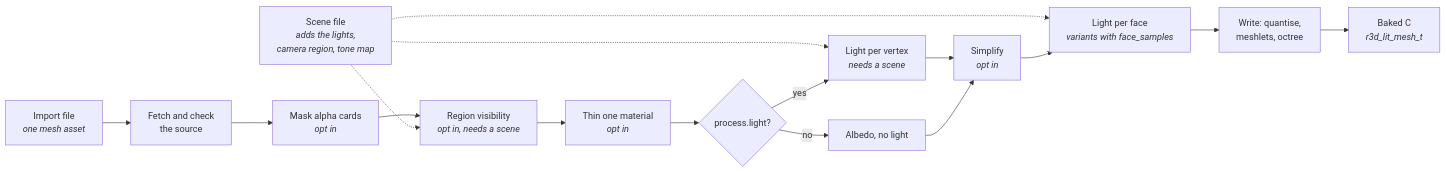
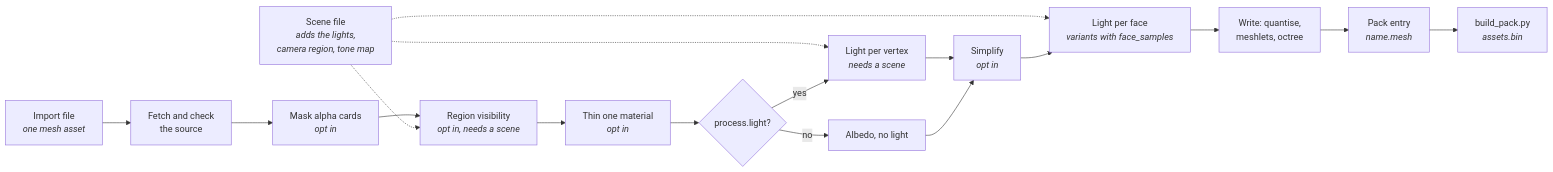
The first of 2 diagrams in docs/render/Mesh-Import.md (jose-villegas/autana), drawn with Mermaid before and after one commit. The commit also changed other lines of this file and 66 other files, not shown here.

````diff
--- a/docs/render/Mesh-Import.md
+++ b/docs/render/Mesh-Import.md
@@ -7,18 +7,19 @@
 ```mermaid
 flowchart LR
     Import["Import file<br/><i>one mesh asset</i>"] --> Fetch["Fetch and check<br/>the source"]
     Fetch --> Mask["Mask alpha cards<br/><i>opt in</i>"]
     Mask --> Vis["Region visibility<br/><i>opt in, needs a scene</i>"]
     Vis --> Thin["Thin one material<br/><i>opt in</i>"]
     Thin --> Colour{"process.light?"}
     Scene["Scene file<br/><i>adds the lights,<br/>camera region, tone map</i>"] -.-> Vis
     Scene -.-> Lit
     Scene -.-> Face
     Colour -- yes --> Lit["Light per vertex<br/><i>needs a scene</i>"]
     Colour -- no --> Albedo["Albedo, no light"]
     Lit --> Simp["Simplify<br/><i>opt in</i>"]
     Albedo --> Simp
     Simp --> Face["Light per face<br/><i>variants with face_samples</i>"]
     Face --> Write["Write: quantise,<br/>meshlets, octree"]
-    Write --> C["Baked C<br/><i>r3d_lit_mesh_t</i>"]
+    Write --> Entry["Pack entry<br/><i>name.mesh</i>"]
+    Entry --> Pack["build_pack.py<br/><i>assets.bin</i>"]
 ```
````
